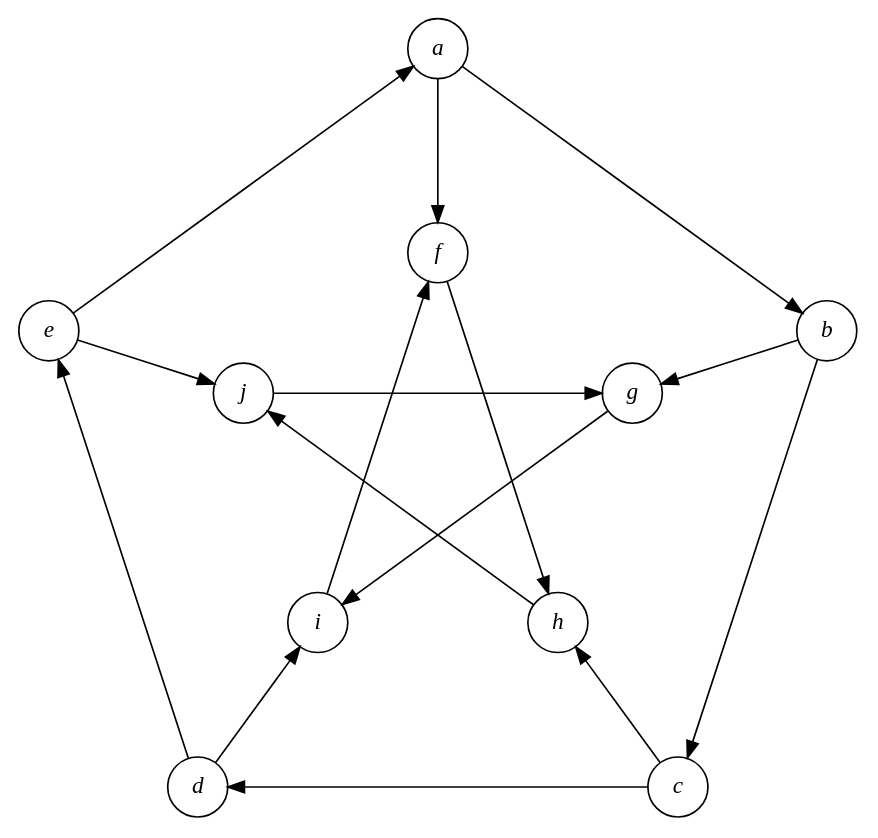
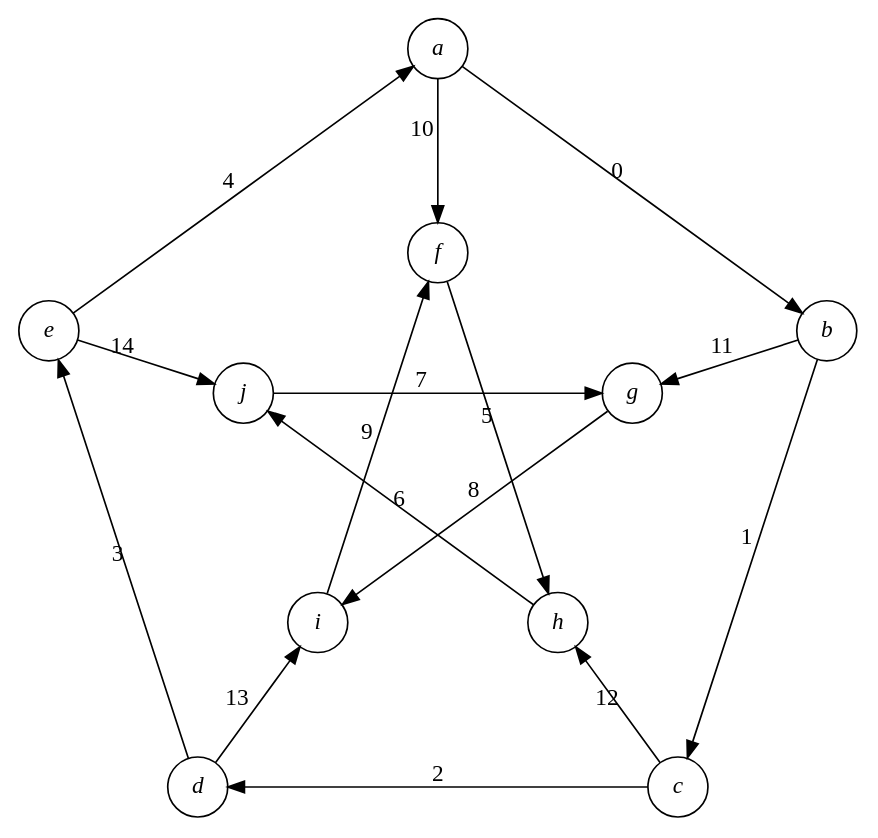
One commit to qbit86/arborescence changed the diagram in src/Ubiquitous.Workbench/IndexedGraphs/05.gv. Above: the diagram before and after it, drawn with Graphviz.

Commit message:
Add labels.

```diff
--- a/src/Ubiquitous.Workbench/IndexedGraphs/05.gv
+++ b/src/Ubiquitous.Workbench/IndexedGraphs/05.gv
@@ -1,29 +1,29 @@
 digraph "Petersen Directed" {
   layout="neato"
   node [shape=circle fontname="Times-Italic"]
   a [pos="0,3.40!"]
   b [pos="3.24,1.05!"]
   c [pos="2,-2.75!"]
   d [pos="-2,-2.75!"]
   e [pos="-3.24,1.05!"]
   f [pos="0,1.70!"]
   g [pos="1.62,0.53!"]
   h [pos="1,-1.38!"]
   i [pos="-1,-1.38!"]
   j [pos="-1.62,0.53!"]
-  a -> b
-  b -> c
-  c -> d
-  d -> e
-  e -> a
-  f -> h
-  h -> j
-  j -> g
-  g -> i
-  i -> f
-  a -> f
-  b -> g
-  c -> h
-  d -> i
-  e -> j
+  a -> b [label=0]
+  b -> c [label=1]
+  c -> d [label=2]
+  d -> e [label=3]
+  e -> a [label=4]
+  f -> h [label=5]
+  h -> j [label=6]
+  j -> g [label=7]
+  g -> i [label=8]
+  i -> f [label=9]
+  a -> f [label=10]
+  b -> g [label=11]
+  c -> h [label=12]
+  d -> i [label=13]
+  e -> j [label=14]
 }
```
